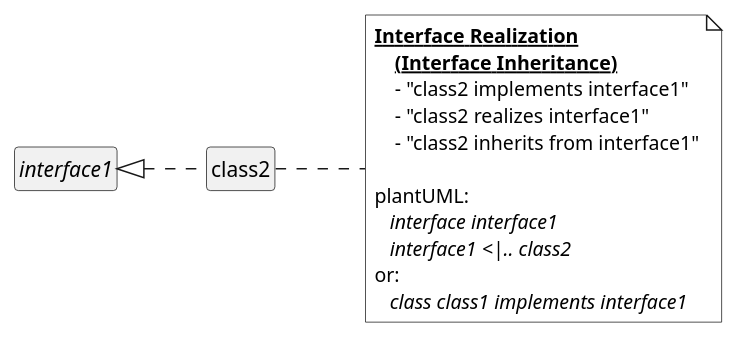
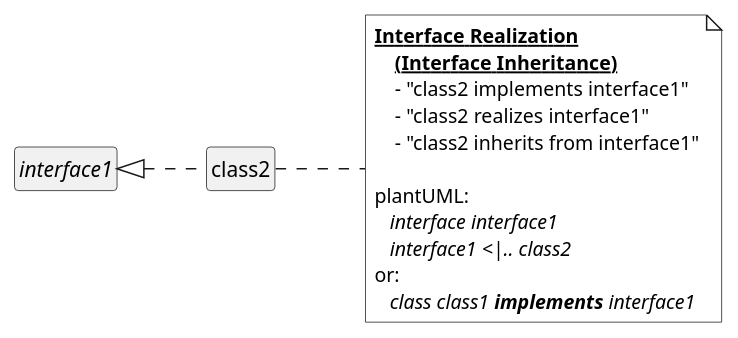
Before and after one commit to chraxo/UmlMarkdownCheatSheet: diagram 14 of 31 in uml_markdown_summary.md, drawn with PlantUML. The commit also changed other lines of this file, not shown here.

```diff
--- a/uml_markdown_summary.md
+++ b/uml_markdown_summary.md
@@ -632,31 +634,31 @@
 @startuml
     skinparam noteFontName Consolas
     skinparam legendFontName Consolas
     skinparam noteBackgroundColor white
     skinparam legendBackgroundColor white
-    skinparam legendBorderColor white
+    ' skinparam legendBorderColor white
     'skinparam DiagramBorderColor black
     'skinparam DiagramBorderThickness 2
     skinparam style strictuml
     'skinparam monochrome true
 
     hide empty members
     left to right direction
 
     interface interface1
     interface1 <|.. class2
 
     note right 
         **__Interface Realization__**
             **__(Interface Inheritance)__**
             - "class2 implements interface1"
             - "class2 realizes interface1"
             - "class2 inherits from interface1"
         
         plantUML: 
            //interface interface1//
            //interface1 <|.. class2//
         or:
-           //class class1 implements interface1//
+           //class class1 **implements** interface1//
     end note
 @enduml
```
